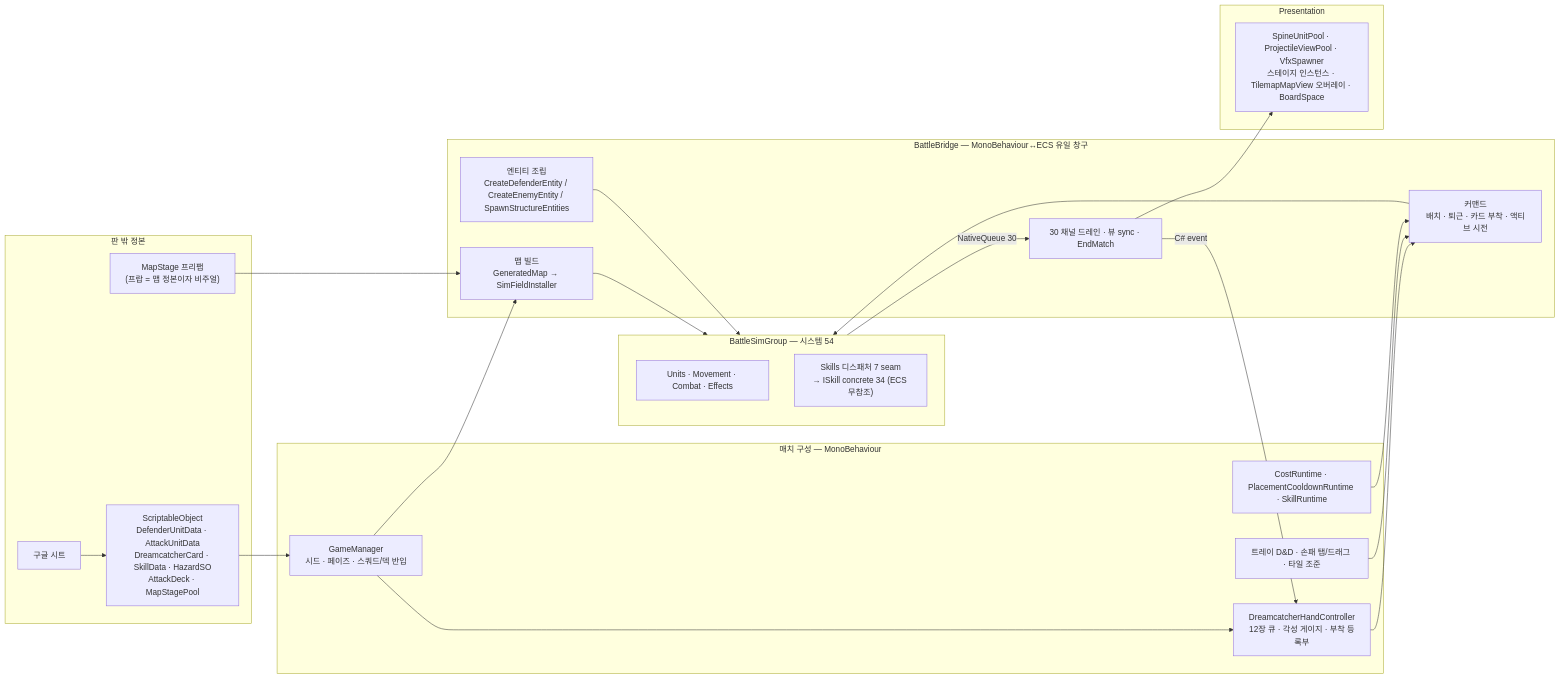
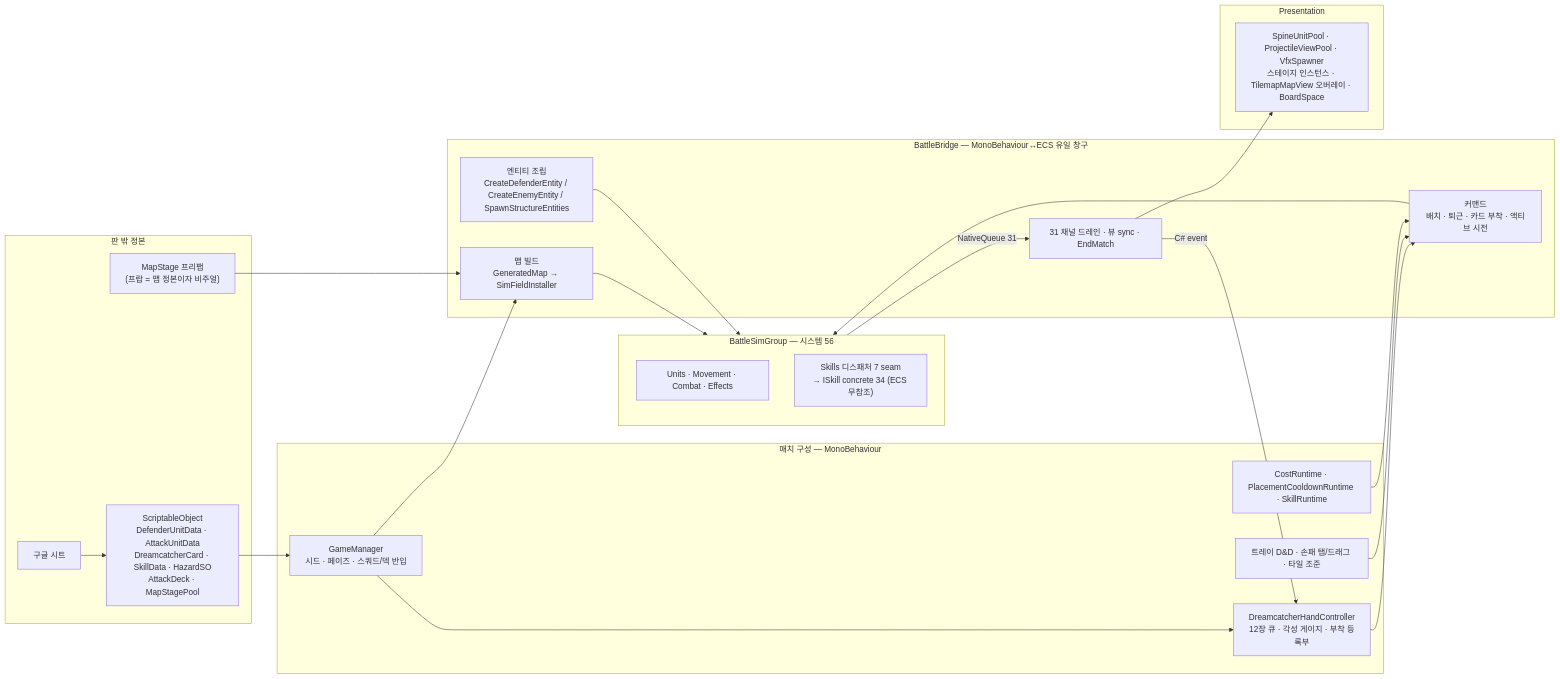
One commit to wasssupman/dreamsquad-demo changed the first of 2 diagrams in docs/reference/battle-core-architecture.md. Above: the diagram before and after it, drawn with Mermaid. The commit also changed other lines of this file and 64 other files, not shown here.

````diff
--- a/docs/reference/battle-core-architecture.md
+++ b/docs/reference/battle-core-architecture.md
@@ -24,39 +26,39 @@
 ```mermaid
 flowchart LR
     subgraph OUT["판 밖 정본"]
         SHEET["구글 시트"] --> SO["ScriptableObject<br/>DefenderUnitData · AttackUnitData<br/>DreamcatcherCard · SkillData · HazardSO<br/>AttackDeck · MapStagePool"]
         STAGE["MapStage 프리팹<br/>(프랍 = 맵 정본이자 비주얼)"]
     end
     subgraph MONO["매치 구성 — MonoBehaviour"]
         GM["GameManager<br/>시드 · 페이즈 · 스쿼드/덱 반입"]
         HAND["DreamcatcherHandController<br/>12장 큐 · 각성 게이지 · 부착 등록부"]
         ECON["CostRuntime · PlacementCooldownRuntime · SkillRuntime"]
         INPUT["트레이 D&D · 손패 탭/드래그 · 타일 조준"]
     end
     subgraph BR["BattleBridge — MonoBehaviour↔ECS 유일 창구"]
         B1["맵 빌드<br/>GeneratedMap → SimFieldInstaller"]
         B2["엔티티 조립<br/>CreateDefenderEntity / CreateEnemyEntity / SpawnStructureEntities"]
         B3["커맨드<br/>배치 · 퇴근 · 카드 부착 · 액티브 시전"]
-        B4["30 채널 드레인 · 뷰 sync · EndMatch"]
+        B4["31 채널 드레인 · 뷰 sync · EndMatch"]
     end
-    subgraph ECS["BattleSimGroup — 시스템 54"]
+    subgraph ECS["BattleSimGroup — 시스템 56"]
         CTX["Units · Movement · Combat · Effects"]
         SK["Skills 디스패처 7 seam<br/>→ ISkill concrete 34 (ECS 무참조)"]
     end
     subgraph VIEW["Presentation"]
         V["SpineUnitPool · ProjectileViewPool · VfxSpawner<br/>스테이지 인스턴스 · TilemapMapView 오버레이 · BoardSpace"]
     end
     SO --> GM
     STAGE --> B1
     GM --> B1
     GM --> HAND
     HAND --> B3
     INPUT --> B3
     ECON --> B3
     B1 --> ECS
     B2 --> ECS
     B3 --> ECS
-    ECS -- "NativeQueue 30" --> B4
+    ECS -- "NativeQueue 31" --> B4
     B4 --> V
     B4 -- "C# event" --> HAND
 ```
````
